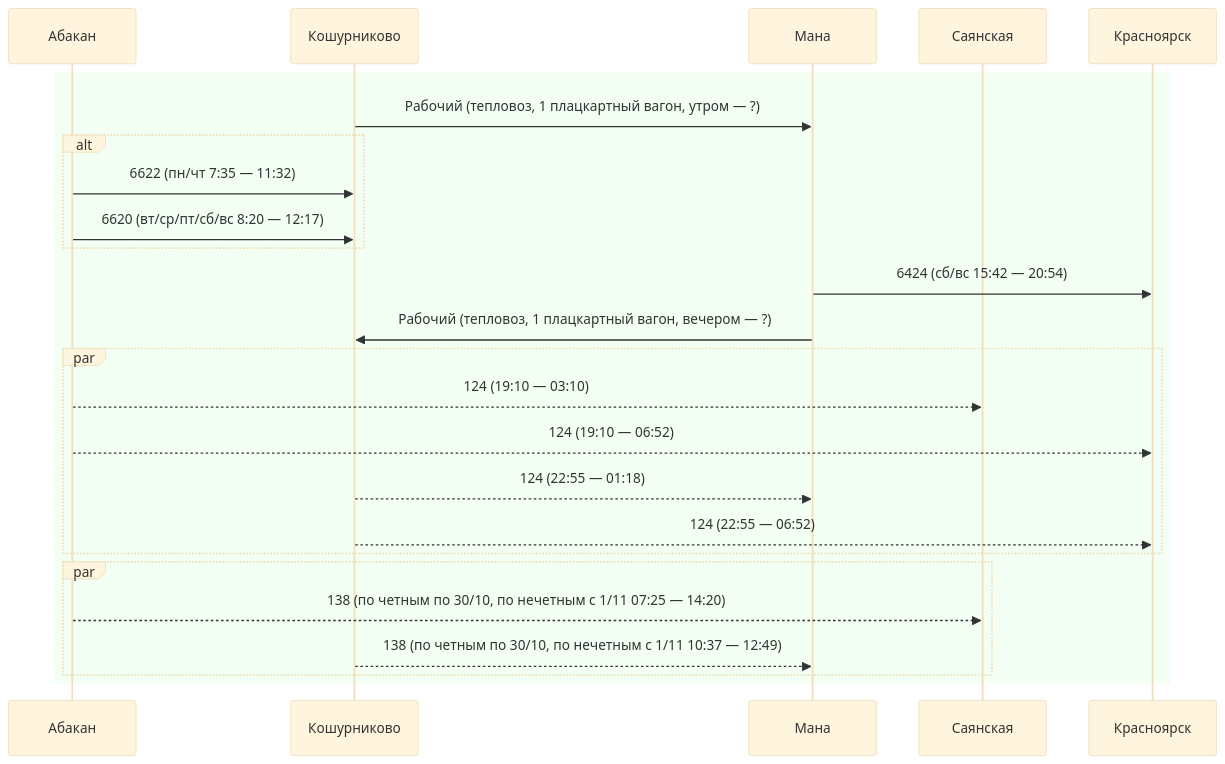
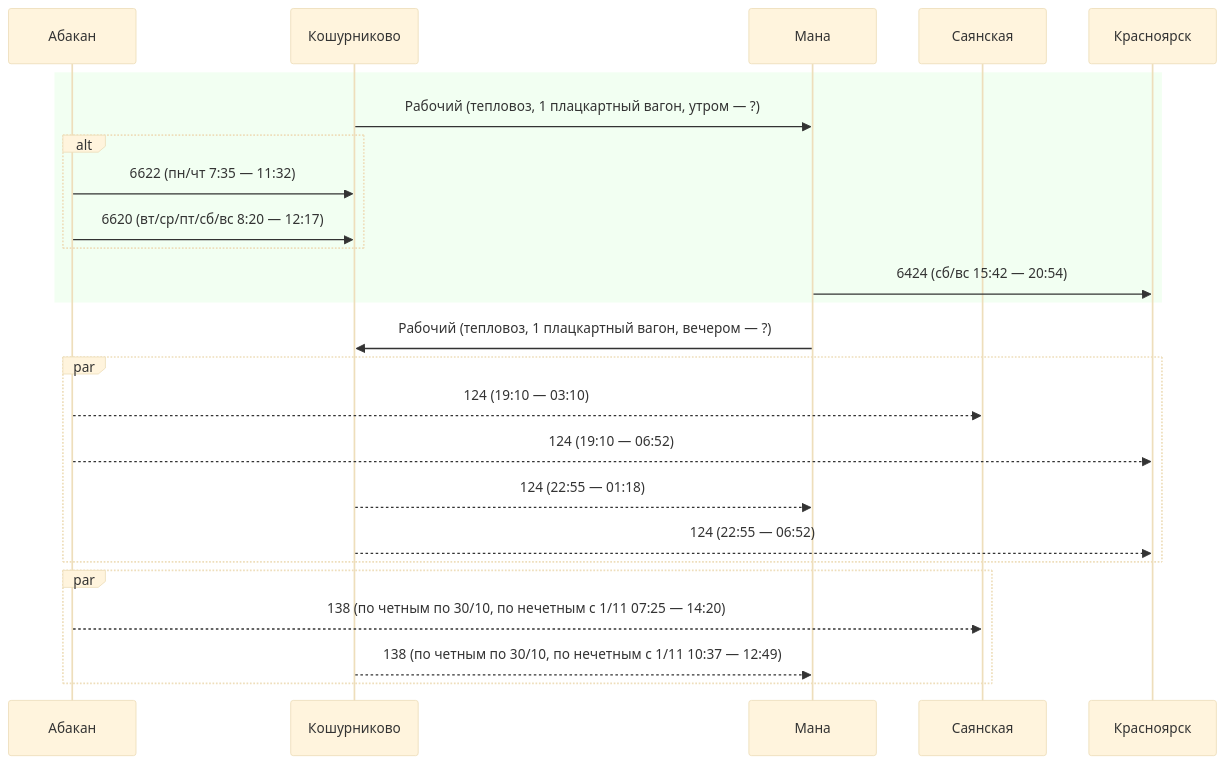
The tenth of 14 diagrams in README.md (u0feff/Pezda), drawn with Mermaid (base theme) before and after one commit. The commit also changed other lines of this file, not shown here.

````diff
--- a/README.md
+++ b/README.md
@@ -491,33 +491,33 @@
 ```mermaid
 sequenceDiagram
     participant Абакан
     participant Кошурниково
     participant Мана
     participant Саянская
     participant Красноярск
 
     rect rgba(0, 255, 0, 0.05)
     Кошурниково->>Мана: Рабочий (тепловоз, 1 плацкартный вагон, утром — ?)
 
     alt
     Абакан->>Кошурниково: 6622 (пн/чт 7:35 — 11:32)
     Абакан->>Кошурниково: 6620 (вт/ср/пт/сб/вс 8:20 — 12:17)
     end
 
     Мана->>Красноярск: 6424 (сб/вс 15:42 — 20:54)
+    end
 
     Мана->>Кошурниково: Рабочий (тепловоз, 1 плацкартный вагон, вечером — ?)
 
     par
     Абакан-->>Саянская: 124 (19:10 — 03:10)
     Абакан-->>Красноярск: 124 (19:10 — 06:52)
     Кошурниково-->>Мана: 124 (22:55 — 01:18)
     Кошурниково-->>Красноярск: 124 (22:55 — 06:52)
     end
 
     par
     Абакан-->>Саянская: 138 (по четным по 30/10, по нечетным с 1/11 07:25 — 14:20)
     Кошурниково-->>Мана: 138 (по четным по 30/10, по нечетным с 1/11 10:37 — 12:49)
     end
-    end
 ```
````
